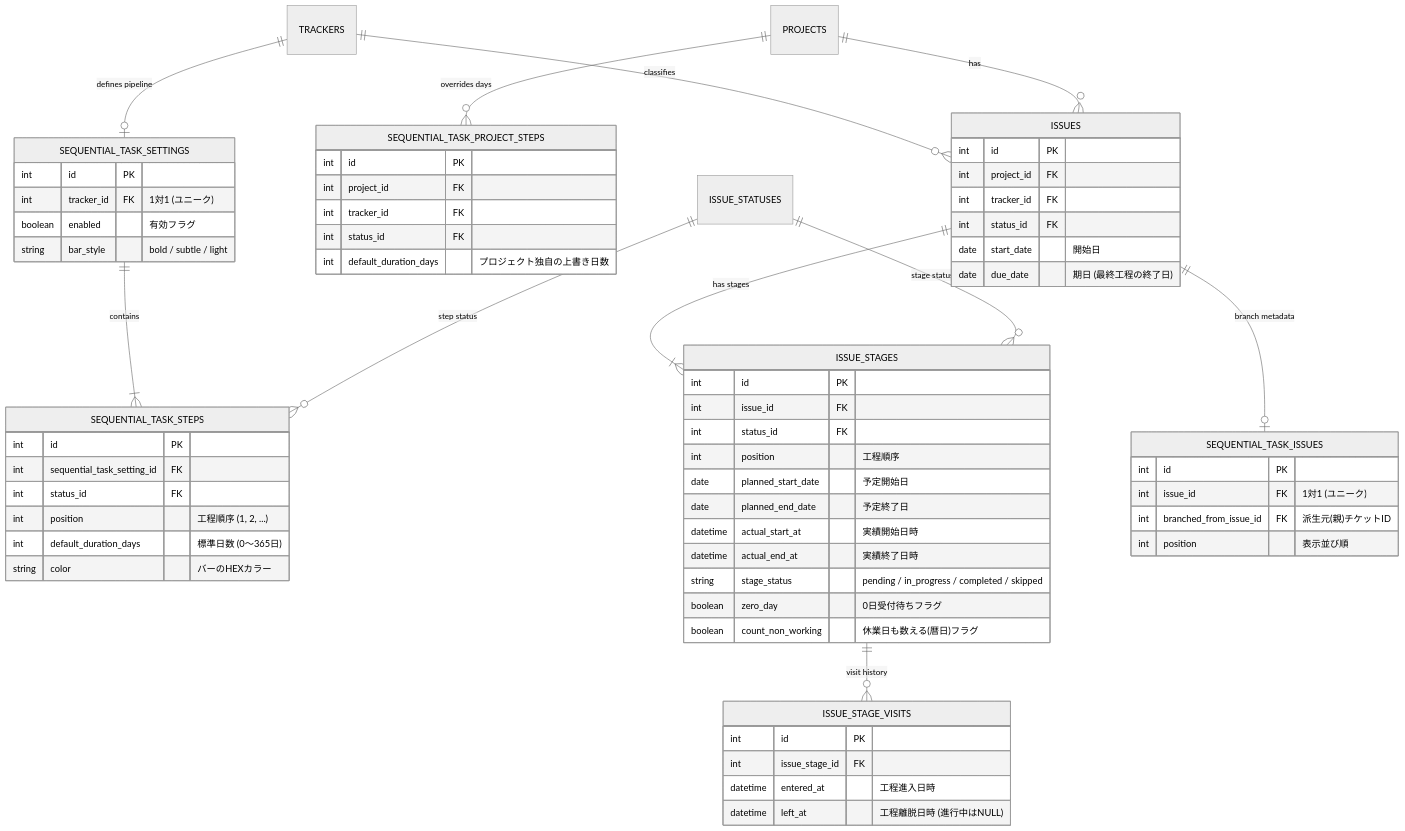
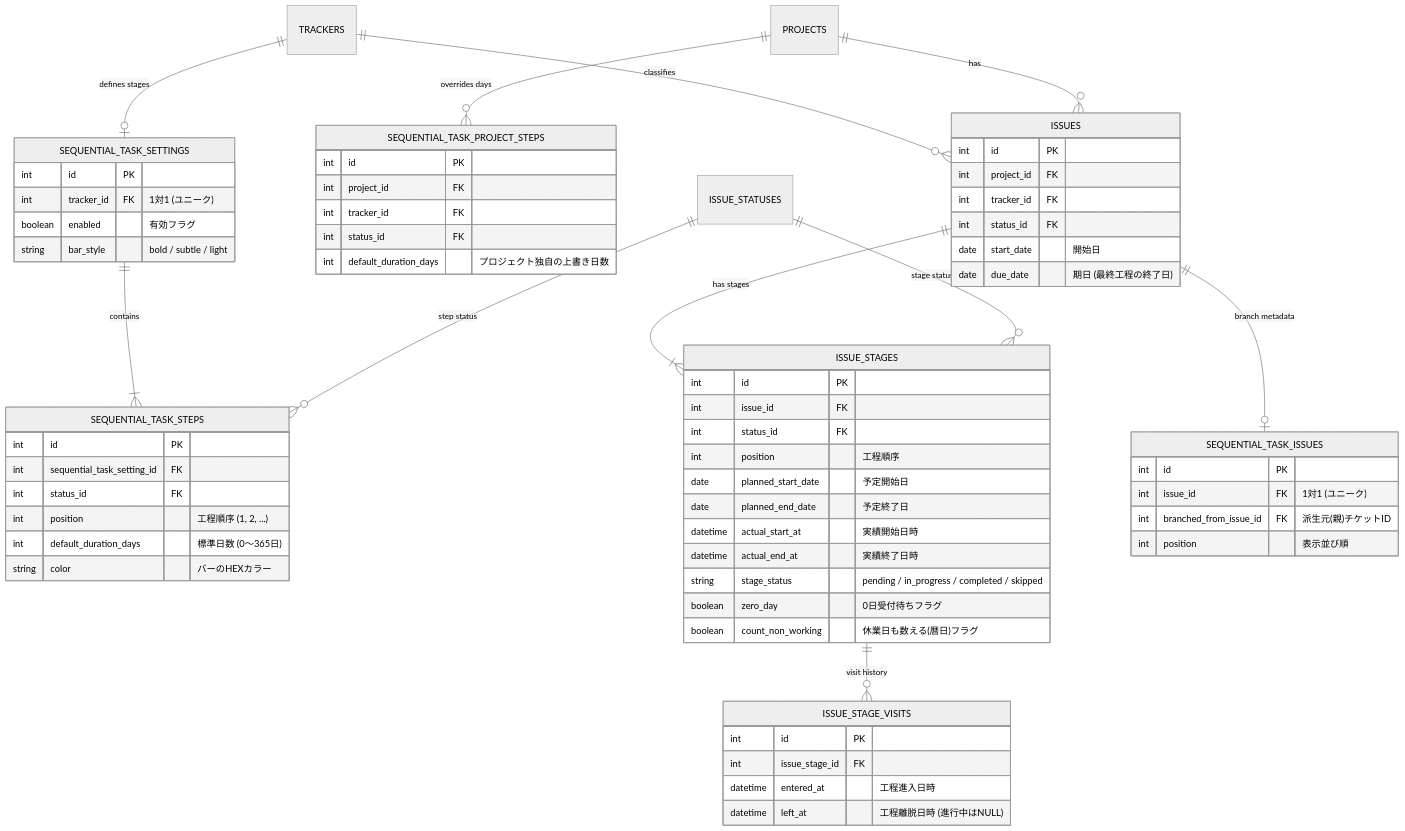
Before and after one commit to yoohey/redmine_sequential_tasks: the diagram in docs/MANUAL.md, drawn with Mermaid (neutral theme). The commit also changed other lines of this file and 66 other files, not shown here.

````diff
--- a/docs/MANUAL.md
+++ b/docs/MANUAL.md
@@ -1038,74 +1038,74 @@
 ```mermaid
 erDiagram
     PROJECTS ||--o{ ISSUES : "has"
     PROJECTS ||--o{ SEQUENTIAL_TASK_PROJECT_STEPS : "overrides days"
     TRACKERS ||--o{ ISSUES : "classifies"
-    TRACKERS ||--o| SEQUENTIAL_TASK_SETTINGS : "defines pipeline"
+    TRACKERS ||--o| SEQUENTIAL_TASK_SETTINGS : "defines stages"
     ISSUE_STATUSES ||--o{ SEQUENTIAL_TASK_STEPS : "step status"
     ISSUE_STATUSES ||--o{ ISSUE_STAGES : "stage status"
 
     SEQUENTIAL_TASK_SETTINGS ||--|{ SEQUENTIAL_TASK_STEPS : "contains"
     SEQUENTIAL_TASK_SETTINGS {
         int id PK
         int tracker_id FK "1対1 (ユニーク)"
         boolean enabled "有効フラグ"
         string bar_style "bold / subtle / light"
     }
 
     SEQUENTIAL_TASK_STEPS {
         int id PK
         int sequential_task_setting_id FK
         int status_id FK
         int position "工程順序 (1, 2, ...)"
         int default_duration_days "標準日数 (0〜365日)"
         string color "バーのHEXカラー"
     }
 
     SEQUENTIAL_TASK_PROJECT_STEPS {
         int id PK
         int project_id FK
         int tracker_id FK
         int status_id FK
         int default_duration_days "プロジェクト独自の上書き日数"
     }
 
     ISSUES ||--|{ ISSUE_STAGES : "has stages"
     ISSUES ||--o| SEQUENTIAL_TASK_ISSUES : "branch metadata"
     ISSUES {
         int id PK
         int project_id FK
         int tracker_id FK
         int status_id FK
         date start_date "開始日"
         date due_date "期日 (最終工程の終了日)"
     }
 
     SEQUENTIAL_TASK_ISSUES {
         int id PK
         int issue_id FK "1対1 (ユニーク)"
         int branched_from_issue_id FK "派生元(親)チケットID"
         int position "表示並び順"
     }
 
     ISSUE_STAGES ||--o{ ISSUE_STAGE_VISITS : "visit history"
     ISSUE_STAGES {
         int id PK
         int issue_id FK
         int status_id FK
         int position "工程順序"
         date planned_start_date "予定開始日"
         date planned_end_date "予定終了日"
         datetime actual_start_at "実績開始日時"
         datetime actual_end_at "実績終了日時"
         string stage_status "pending / in_progress / completed / skipped"
         boolean zero_day "0日受付待ちフラグ"
         boolean count_non_working "休業日も数える(暦日)フラグ"
     }
 
     ISSUE_STAGE_VISITS {
         int id PK
         int issue_stage_id FK
         datetime entered_at "工程進入日時"
         datetime left_at "工程離脱日時 (進行中はNULL)"
     }
 ```
````
